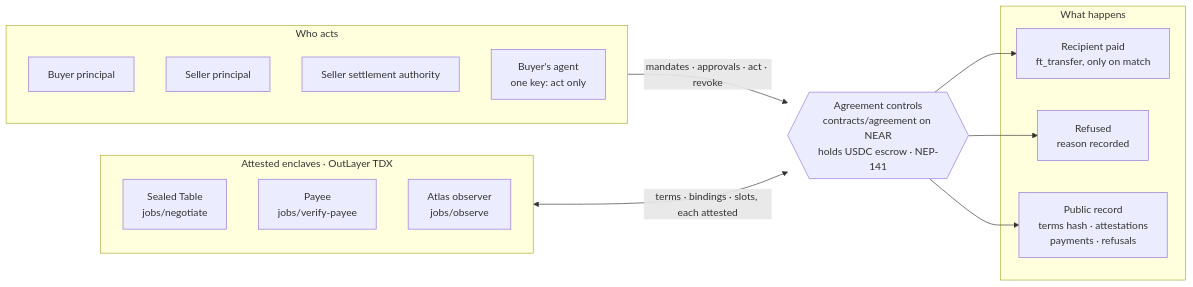
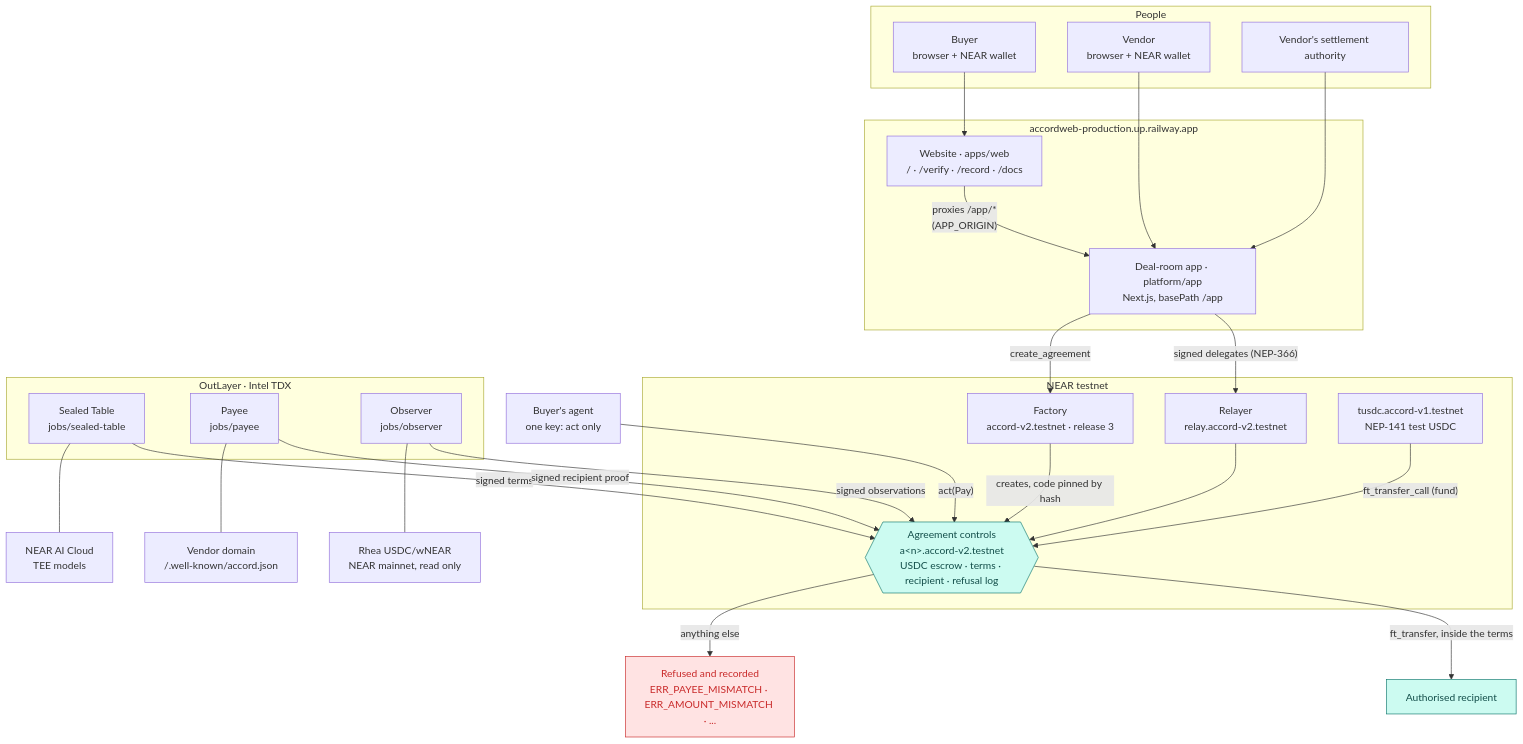
The first of 4 diagrams in README.md (Adityaakr/accord), drawn with Mermaid before and after one commit. The commit also changed other lines of this file, not shown here.

Commit message:
docs: root README rewritten for screeners: live links, try it in 3 minutes, verify, testnet proof, diagrams, claims verbatim, run locally

````diff
--- a/README.md
+++ b/README.md
@@ -184,29 +68,56 @@
 ```mermaid
-flowchart LR
-    subgraph Parties["Who acts"]
-        B["Buyer principal"]
-        S["Seller principal"]
-        SA["Seller settlement authority"]
-        AG["Buyer's agent<br/>one key: act only"]
+flowchart TB
+    subgraph People["People"]
+        B["Buyer<br/>browser + NEAR wallet"]
+        V["Vendor<br/>browser + NEAR wallet"]
+        SA["Vendor's settlement authority"]
     end
 
-    subgraph Enclaves["Attested enclaves · OutLayer TDX"]
-        N["Sealed Table<br/>jobs/negotiate"]
-        V["Payee<br/>jobs/verify-payee"]
-        O["Atlas observer<br/>jobs/observe"]
+    subgraph Railway["accordweb-production.up.railway.app"]
+        SITE["Website · apps/web<br/>/ · /verify · /record · /docs"]
+        APP["Deal-room app · platform/app<br/>Next.js, basePath /app"]
     end
 
-    C{{"Agreement controls<br/>contracts/agreement on NEAR<br/>holds USDC escrow · NEP-141"}}
-
-    subgraph Outcomes["What happens"]
-        R["Recipient paid<br/>ft_transfer, only on match"]
-        X["Refused<br/>reason recorded"]
-        REC["Public record<br/>terms hash · attestations<br/>payments · refusals"]
+    subgraph NEAR["NEAR testnet"]
+        REL["Relayer<br/>relay.accord-v2.testnet"]
+        FAC["Factory<br/>accord-v2.testnet · release 3"]
+        AGR{{"Agreement controls<br/>a&lt;n&gt;.accord-v2.testnet<br/>USDC escrow · terms · recipient · refusal log"}}
+        TOK["tusdc.accord-v1.testnet<br/>NEP-141 test USDC"]
     end
 
-    Parties -- "mandates · approvals · act · revoke" --> C
-    Enclaves <-- "terms · bindings · slots, each attested" --> C
-    C --> R
-    C --> X
-    C --> REC
+    subgraph OL["OutLayer · Intel TDX"]
+        ST["Sealed Table<br/>jobs/sealed-table"]
+        PY["Payee<br/>jobs/payee"]
+        OB["Observer<br/>jobs/observer"]
+    end
+
+    AI["NEAR AI Cloud<br/>TEE models"]
+    DOM["Vendor domain<br/>/.well-known/accord.json"]
+    RHEA["Rhea USDC/wNEAR<br/>NEAR mainnet, read only"]
+    AG["Buyer's agent<br/>one key: act only"]
+    RCP["Authorised recipient"]
+
+    B --> SITE
+    V --> APP
+    SA --> APP
+    SITE -- "proxies /app/*<br/>(APP_ORIGIN)" --> APP
+    APP -- "signed delegates (NEP-366)" --> REL
+    APP -- "create_agreement" --> FAC
+    REL --> AGR
+    FAC -- "creates, code pinned by hash" --> AGR
+    TOK -- "ft_transfer_call (fund)" --> AGR
+    ST -- "signed terms" --> AGR
+    PY -- "signed recipient proof" --> AGR
+    OB -- "signed observations" --> AGR
+    ST --- AI
+    PY --- DOM
+    OB --- RHEA
+    AG -- "act(Pay)" --> AGR
+    AGR -- "ft_transfer, inside the terms" --> RCP
+    REF["Refused and recorded<br/>ERR_PAYEE_MISMATCH · ERR_AMOUNT_MISMATCH · ..."]
+    AGR -- "anything else" --> REF
+    classDef refuse fill:#ffe3e3,stroke:#c92a2a,color:#c92a2a
+    classDef ok fill:#ccfbf1,stroke:#0f766e,color:#134e4a
+    class REF refuse
+    class AGR,RCP ok
 ```
````
